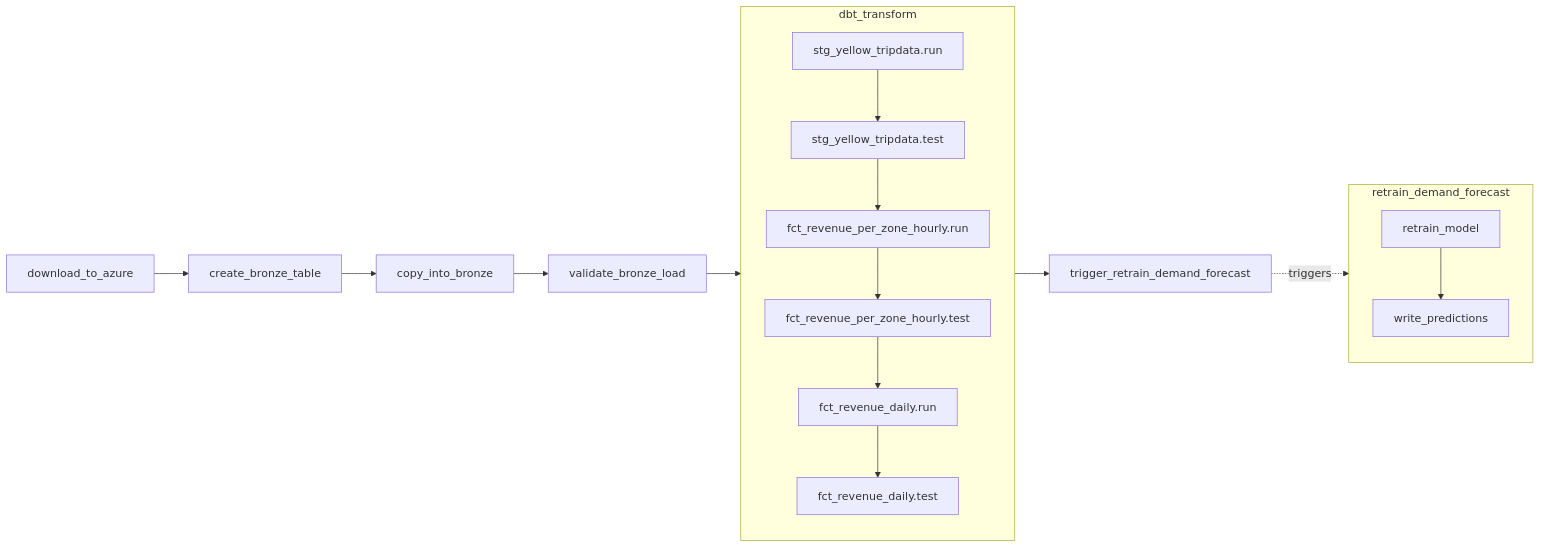
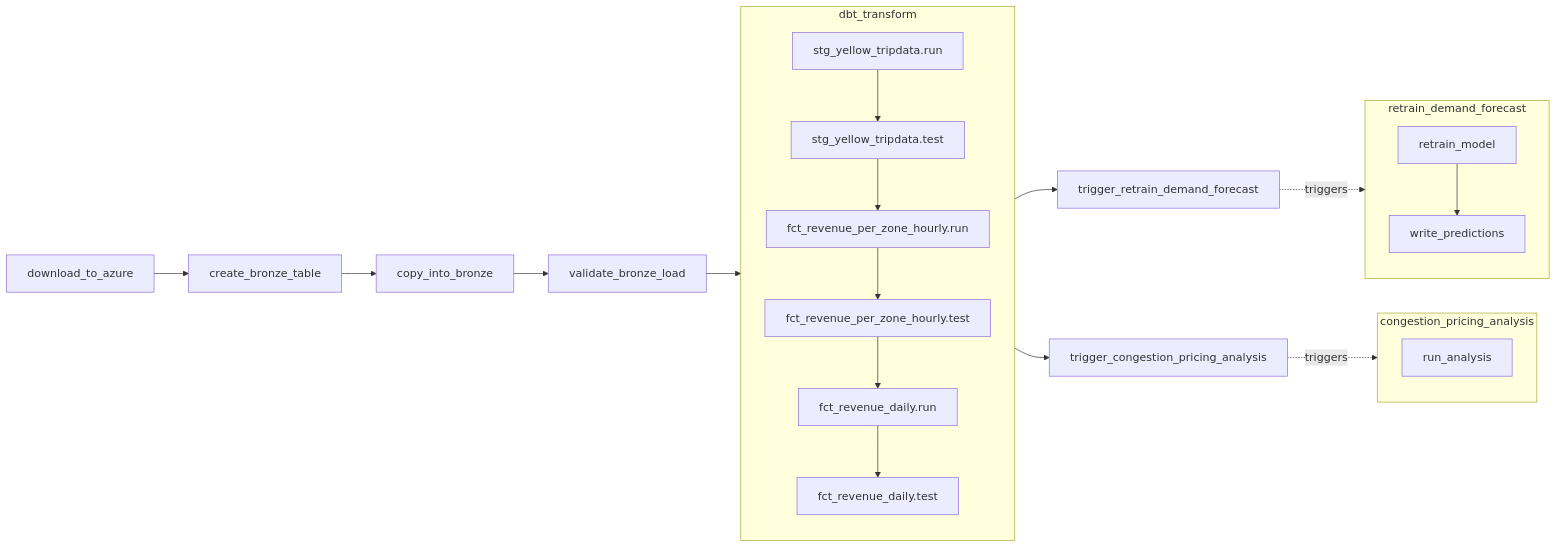
Before and after one commit to rushikeshdhumal/nyc-tlc-analytics: the diagram in README.md, drawn with Mermaid. The commit also changed other lines of this file, not shown here.

````diff
--- a/README.md
+++ b/README.md
@@ -63,23 +66,29 @@
 ```mermaid
 flowchart LR
     A[download_to_azure] --> B[create_bronze_table]
     B --> C[copy_into_bronze]
     C --> D[validate_bronze_load]
     D --> dbt
 
     subgraph dbt[dbt_transform]
         F[stg_yellow_tripdata.run] --> F2[stg_yellow_tripdata.test]
         F2 --> G[fct_revenue_per_zone_hourly.run]
         G --> G2[fct_revenue_per_zone_hourly.test]
         G2 --> H[fct_revenue_daily.run]
         H --> H2[fct_revenue_daily.test]
     end
 
     dbt --> T[trigger_retrain_demand_forecast]
+    dbt --> TC[trigger_congestion_pricing_analysis]
 
     subgraph retrain[retrain_demand_forecast]
         R1[retrain_model] --> R2[write_predictions]
     end
 
-    T -.->|triggers| retrain
+    subgraph congestion[congestion_pricing_analysis]
+        C1[run_analysis]
+    end
+
+    T  -.->|triggers| retrain
+    TC -.->|triggers| congestion
 ```
````
